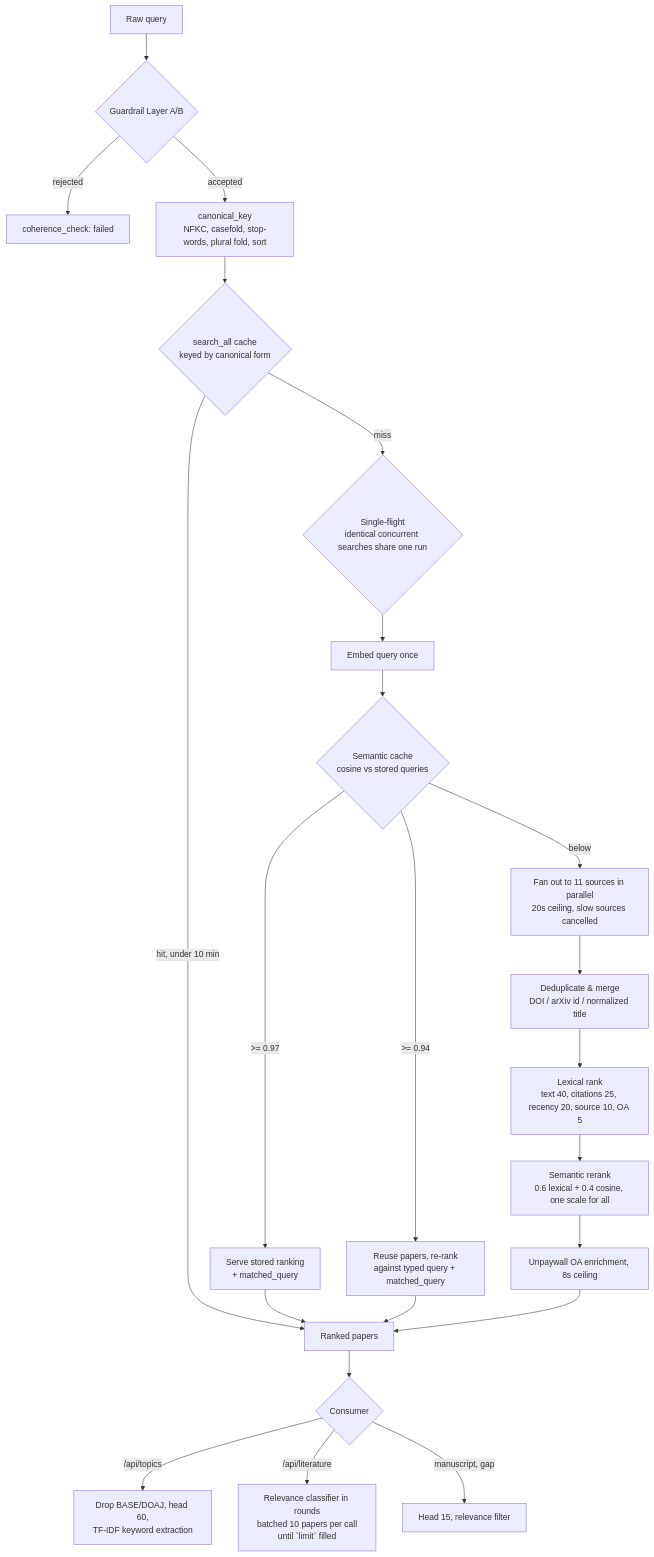
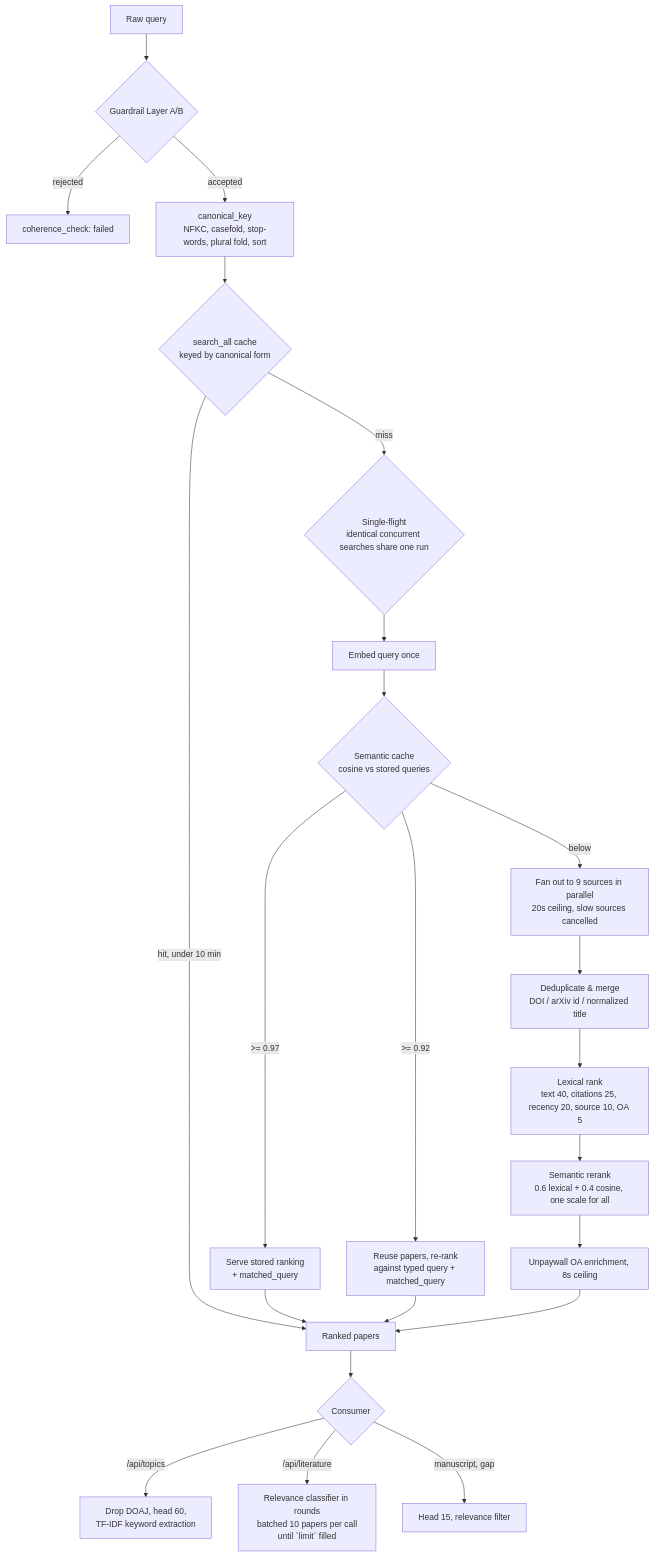
Before and after one commit to Saathwik43/Ai_Powered_Research_Agent: the third of 4 diagrams in architecture_and_workflow.md, drawn with Mermaid. The commit also changed other lines of this file and 20 other files, not shown here.

````diff
--- a/architecture_and_workflow.md
+++ b/architecture_and_workflow.md
@@ -156,25 +188,25 @@
 ```mermaid
 flowchart TD
     Q[Raw query] --> G{Guardrail Layer A/B}
     G -->|rejected| X[coherence_check: failed]
     G -->|accepted| K[canonical_key<br/>NFKC, casefold, stop-words, plural fold, sort]
     K --> C{search_all cache<br/>keyed by canonical form}
     C -->|hit, under 10 min| R[Ranked papers]
     C -->|miss| SF{Single-flight<br/>identical concurrent searches share one run}
     SF --> E[Embed query once]
     E --> SC{Semantic cache<br/>cosine vs stored queries}
     SC -->|>= 0.97| RV[Serve stored ranking<br/>+ matched_query]
-    SC -->|>= 0.94| RR[Reuse papers, re-rank<br/>against typed query + matched_query]
-    SC -->|below| F[Fan out to 11 sources in parallel<br/>20s ceiling, slow sources cancelled]
+    SC -->|>= 0.92| RR[Reuse papers, re-rank<br/>against typed query + matched_query]
+    SC -->|below| F[Fan out to 9 sources in parallel<br/>20s ceiling, slow sources cancelled]
     RV --> R
     RR --> R
     F --> D[Deduplicate & merge<br/>DOI / arXiv id / normalized title]
     D --> L[Lexical rank<br/>text 40, citations 25, recency 20, source 10, OA 5]
     L --> S[Semantic rerank<br/>0.6 lexical + 0.4 cosine, one scale for all]
     S --> OA[Unpaywall OA enrichment, 8s ceiling]
     OA --> R
     R --> U{Consumer}
-    U -->|/api/topics| T[Drop BASE/DOAJ, head 60,<br/>TF-IDF keyword extraction]
+    U -->|/api/topics| T[Drop DOAJ, head 60,<br/>TF-IDF keyword extraction]
     U -->|/api/literature| V[Relevance classifier in rounds<br/>batched 10 papers per call<br/>until `limit` filled]
     U -->|manuscript, gap| W[Head 15, relevance filter]
 ```
````
